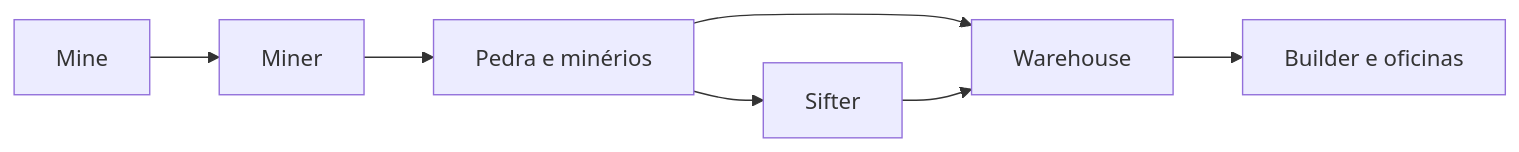
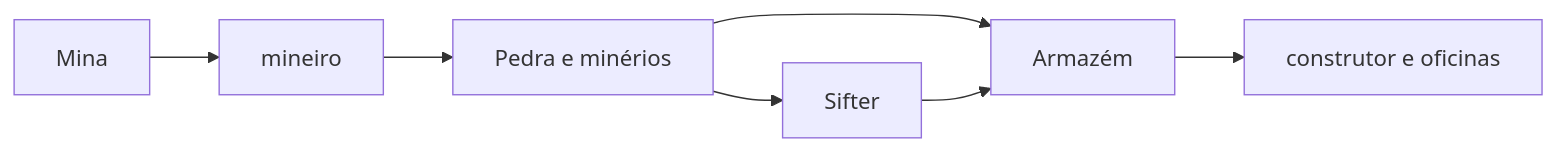
Before and after one commit to addandias/minecolonies-vault: the second of 2 diagrams in content/06 - Recursos e Produção/Cadeias de produção.md, drawn with Mermaid. The commit also changed other lines of this file and 127 other files, not shown here.

````diff
--- a/content/06 - Recursos e Produção/Cadeias de produção.md
+++ b/content/06 - Recursos e Produção/Cadeias de produção.md
@@ -25,9 +25,9 @@
 ```mermaid
 flowchart LR
-    A["Mine"] --> B["Miner"]
+    A["Mina"] --> B["mineiro"]
     B --> C["Pedra e minérios"]
-    C --> D["Warehouse"]
-    D --> E["Builder e oficinas"]
+    C --> D["Armazém"]
+    D --> E["construtor e oficinas"]
     C --> F["Sifter"]
     F --> D
 ```
````
